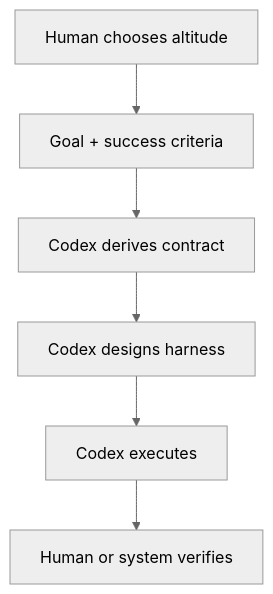
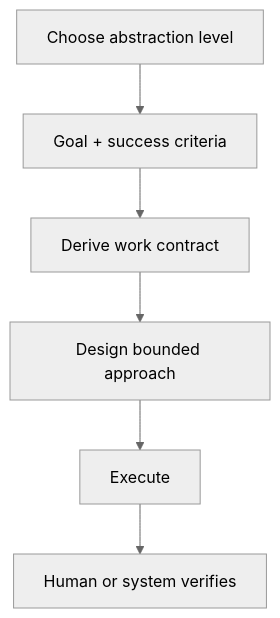
The first of 3 diagrams in docs/field-synthesis.md (jremick/codexmaxxing), drawn with Mermaid (neutral theme) before and after one commit. The commit also changed other lines of this file and 39 other files, not shown here.

````diff
--- a/docs/field-synthesis.md
+++ b/docs/field-synthesis.md
@@ -9,8 +9,8 @@
 ```mermaid
 flowchart TD
-  A["Human chooses altitude"] --> B["Goal + success criteria"]
-  B --> C["Codex derives contract"]
-  C --> D["Codex designs harness"]
-  D --> E["Codex executes"]
+  A["Choose abstraction level"] --> B["Goal + success criteria"]
+  B --> C["Derive work contract"]
+  C --> D["Design bounded approach"]
+  D --> E["Execute"]
   E --> F["Human or system verifies"]
 ```
````
